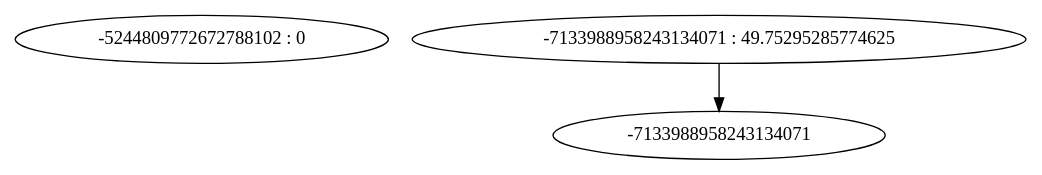
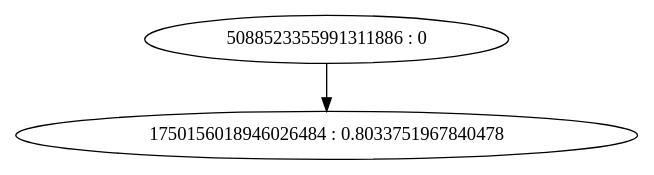
The diagram in plots/tree_28.dot.gv (aka2910/P2P-currency-simulator), drawn with Graphviz before and after one commit. The commit also changed 101 other files, not shown here.

```diff
--- a/plots/tree_28.dot.gv
+++ b/plots/tree_28.dot.gv
@@ -1,5 +1,5 @@
 digraph "plots/tree_28.dot" {
-	0 [label="-5244809772672788102 : 0"]
-	1 [label="-7133988958243134071 : 49.75295285774625"]
-	1 -> -7133988958243134071
+	0 [label="5088523355991311886 : 0"]
+	1 [label="1750156018946026484 : 0.8033751967840478"]
+	0 -> 1
 }
```
